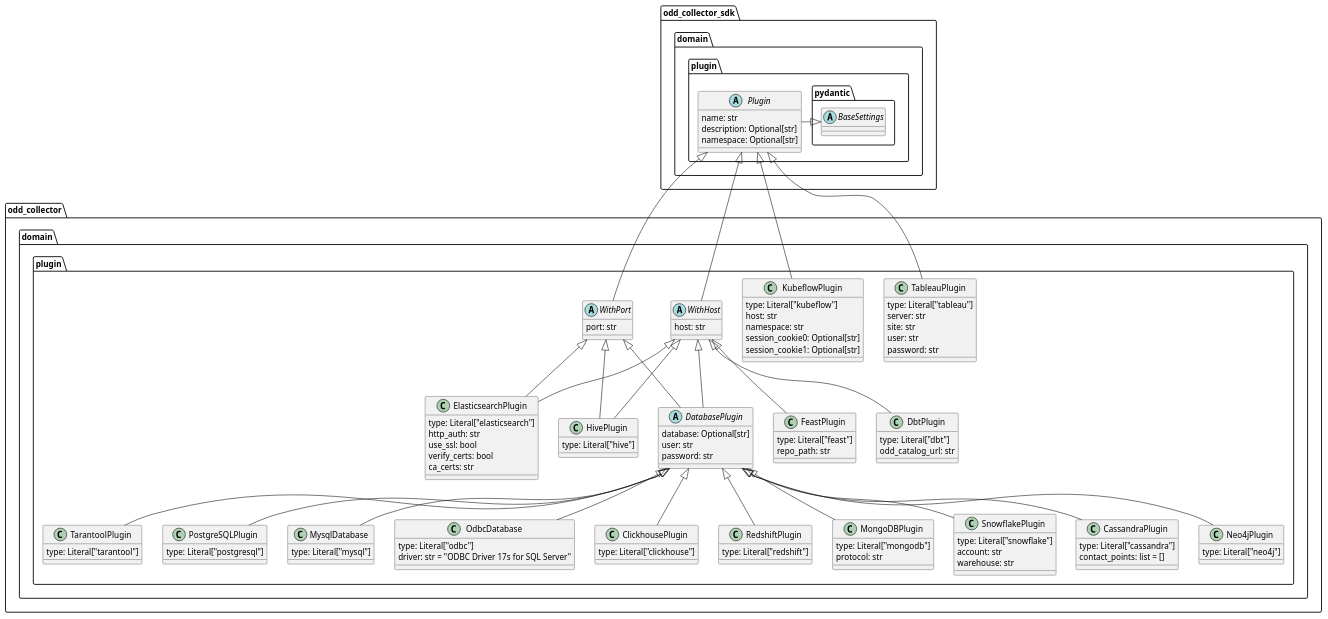
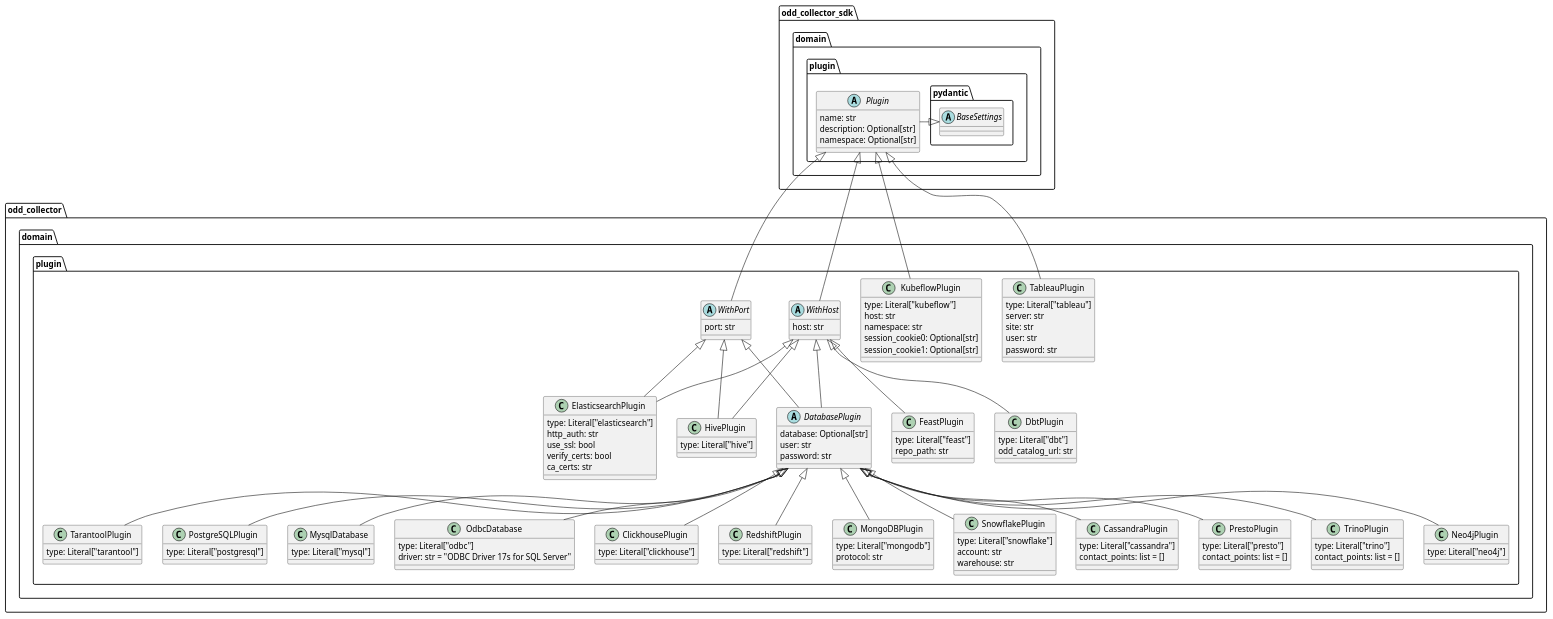
Before and after one commit to opendatadiscovery/odd-collector: the diagram in domain_classes.plantuml, drawn with PlantUML. The commit also changed 27 other files, not shown here.

```diff
--- a/domain_classes.plantuml
+++ b/domain_classes.plantuml
@@ -1,139 +1,151 @@
 @startuml
 
 namespace odd_collector_sdk.domain.plugin {
 abstract class pydantic.BaseSettings
 pydantic.BaseSettings <|- Plugin
 abstract class Plugin {
 name: str
 description: Optional[str]
 namespace: Optional[str]
 }
 }
 
 namespace odd_collector.domain.plugin {
 
 class TableauPlugin{
 type: Literal["tableau"]
 server: str
 site: str
 user: str
 password: str
 }
 odd_collector_sdk.domain.plugin.Plugin <|-- TableauPlugin
 
 class KubeflowPlugin {
 type: Literal["kubeflow"]
 host: str
 namespace: str
 session_cookie0: Optional[str]
 session_cookie1: Optional[str]
 }
 odd_collector_sdk.domain.plugin.Plugin <|-- KubeflowPlugin
 
 abstract class WithHost {
 host: str
 }
 odd_collector_sdk.domain.plugin.Plugin <|-- WithHost
 
 abstract class WithPort {
 port: str
 }
 odd_collector_sdk.domain.plugin.Plugin <|-- WithPort
 
 
 abstract class DatabasePlugin {
 database: Optional[str]
 user: str
 password: str
 }
 WithPort <|-- DatabasePlugin
 WithHost <|-- DatabasePlugin
 
 
 class PostgreSQLPlugin {
 type: Literal["postgresql"]
 }
 DatabasePlugin <|-- PostgreSQLPlugin
 
 class MysqlDatabase {
 type: Literal["mysql"]
 }
 DatabasePlugin <|-- MysqlDatabase
 
 class OdbcDatabase {
 type: Literal["odbc"]
 driver: str = "ODBC Driver 17s for SQL Server"
 }
 DatabasePlugin <|-- OdbcDatabase
 
 class ClickhousePlugin {
 type: Literal["clickhouse"]
 }
 DatabasePlugin <|-- ClickhousePlugin
 
 class RedshiftPlugin {
 type: Literal["redshift"]
 }
 DatabasePlugin <|-- RedshiftPlugin
 
 class MongoDBPlugin{
 type: Literal["mongodb"]
 protocol: str
 }
 DatabasePlugin <|-- MongoDBPlugin
 
 class SnowflakePlugin{
 type: Literal["snowflake"]
 account: str
 warehouse: str
 }
 DatabasePlugin <|-- SnowflakePlugin
 
 class CassandraPlugin{
 type: Literal["cassandra"]
 contact_points: list = []
 }
 DatabasePlugin <|-- CassandraPlugin
 
+class PrestoPlugin{
+type: Literal["presto"]
+contact_points: list = []
+}
+DatabasePlugin <|-- PrestoPlugin
+
+class TrinoPlugin{
+type: Literal["trino"]
+contact_points: list = []
+}
+DatabasePlugin <|-- TrinoPlugin
+
 class TarantoolPlugin {
 type: Literal["tarantool"]
 }
 DatabasePlugin <|-- TarantoolPlugin
 
 class Neo4jPlugin{
 type: Literal["neo4j"]
 }
 DatabasePlugin <|-- Neo4jPlugin
 
 
 TarantoolPlugin -[hidden]> PostgreSQLPlugin
 
 class ElasticsearchPlugin{
 type: Literal["elasticsearch"]
 http_auth: str
 use_ssl: bool
 verify_certs: bool
 ca_certs: str
 }
 WithHost <|-- ElasticsearchPlugin
 WithPort <|-- ElasticsearchPlugin
 
 class HivePlugin{
 type: Literal["hive"]
 }
 WithHost <|-- HivePlugin
 WithPort <|-- HivePlugin
 
 class FeastPlugin{
 type: Literal["feast"]
 repo_path: str
 }
 WithHost <|-- FeastPlugin
 
 class DbtPlugin{
 type: Literal["dbt"]
 odd_catalog_url: str
 }
 WithHost <|-- DbtPlugin
 }
 @enduml
```
